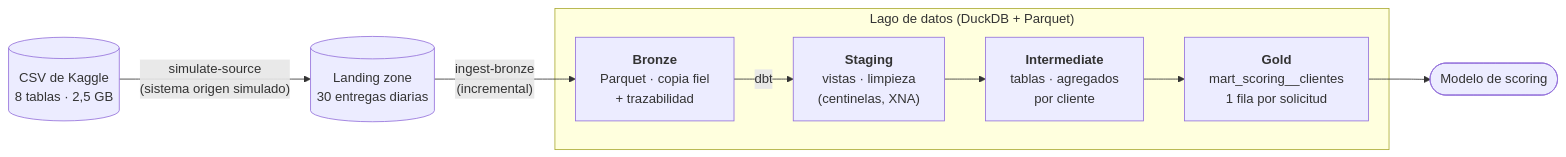
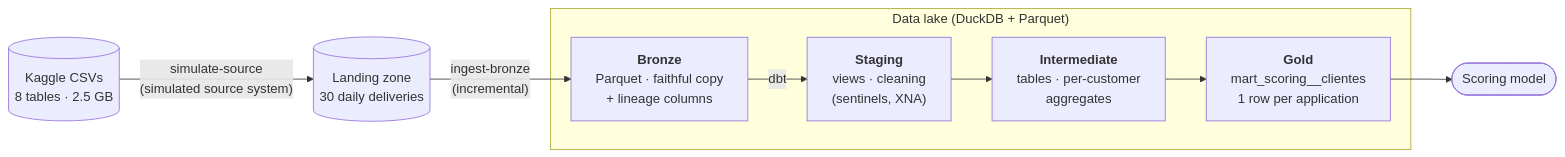
One commit to att-22/credit-risk-data-platform changed the first of 5 diagrams in README.md. Above: the diagram before and after it, drawn with Mermaid. The commit also changed other lines of this file and 1 other file, not shown here.

````diff
--- a/README.md
+++ b/README.md
@@ -31,16 +37,16 @@
 ```mermaid
 flowchart LR
-    csv[("CSV de Kaggle<br/>8 tablas · 2,5 GB")]
-    landing[("Landing zone<br/>30 entregas diarias")]
-    subgraph lake["Lago de datos (DuckDB + Parquet)"]
-        bronze["<b>Bronze</b><br/>Parquet · copia fiel<br/>+ trazabilidad"]
-        stg["<b>Staging</b><br/>vistas · limpieza<br/>(centinelas, XNA)"]
-        int["<b>Intermediate</b><br/>tablas · agregados<br/>por cliente"]
-        gold["<b>Gold</b><br/>mart_scoring__clientes<br/>1 fila por solicitud"]
+    csv[("Kaggle CSVs<br/>8 tables · 2.5 GB")]
+    landing[("Landing zone<br/>30 daily deliveries")]
+    subgraph lake["Data lake (DuckDB + Parquet)"]
+        bronze["<b>Bronze</b><br/>Parquet · faithful copy<br/>+ lineage columns"]
+        stg["<b>Staging</b><br/>views · cleaning<br/>(sentinels, XNA)"]
+        int["<b>Intermediate</b><br/>tables · per-customer<br/>aggregates"]
+        gold["<b>Gold</b><br/>mart_scoring__clientes<br/>1 row per application"]
     end
-    ml(["Modelo de scoring"])
+    ml(["Scoring model"])
 
-    csv -- "simulate-source<br/>(sistema origen simulado)" --> landing
+    csv -- "simulate-source<br/>(simulated source system)" --> landing
     landing -- "ingest-bronze<br/>(incremental)" --> bronze
     bronze -- dbt --> stg --> int --> gold --> ml
 ```
````
